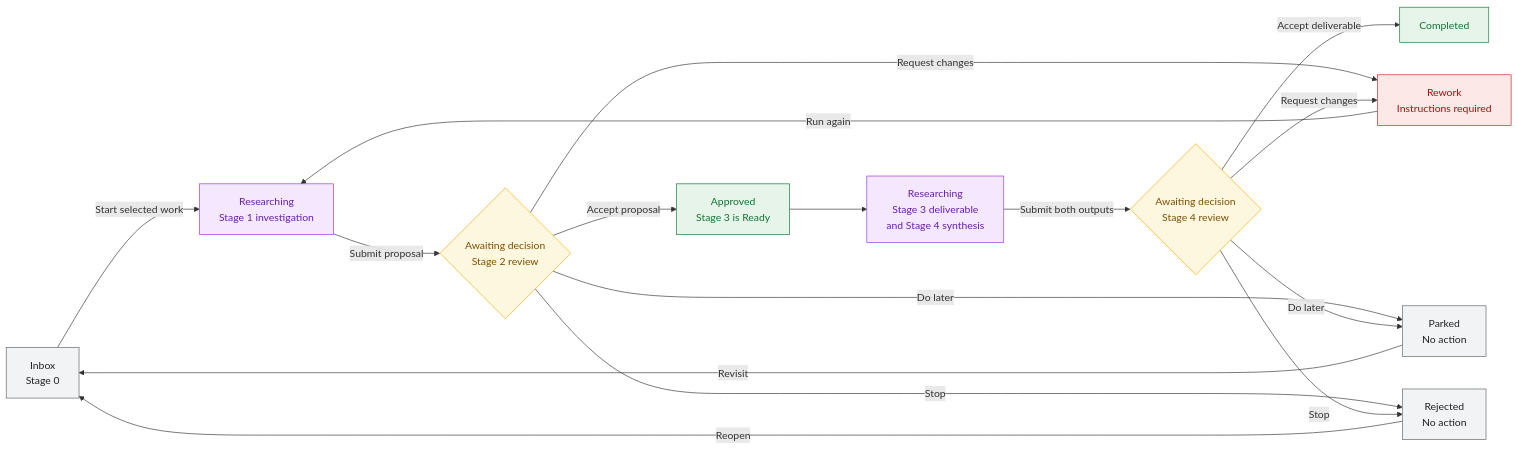
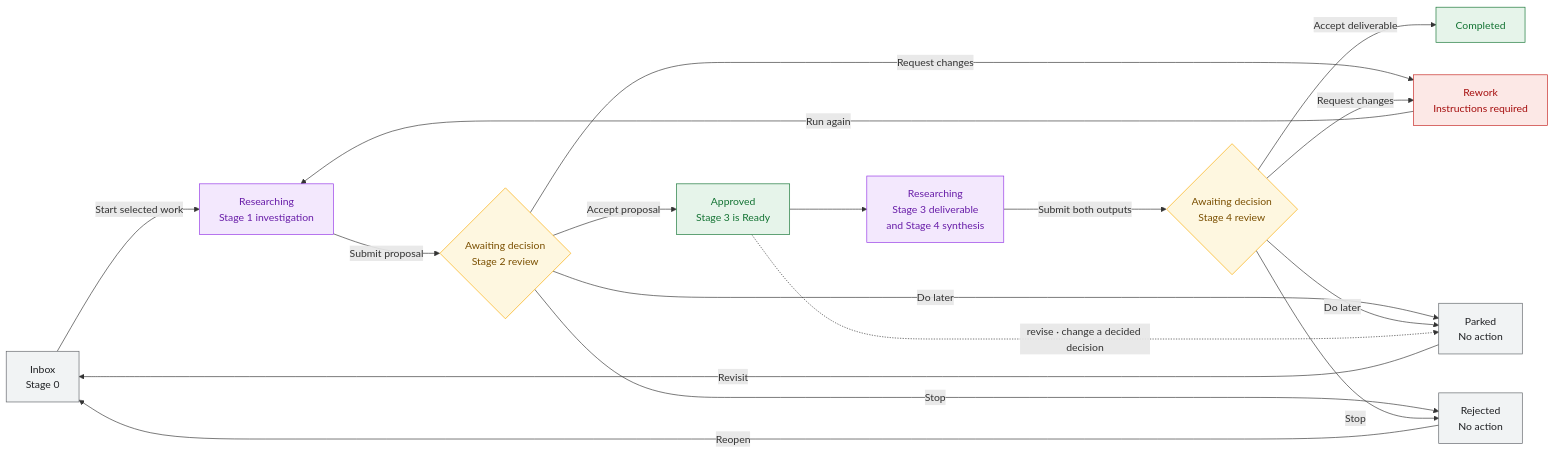
Before and after one commit to Welladino/Horology: the first of 2 diagrams in docs/architecture/subscription-agents/workflow.md, drawn with Mermaid. The commit also changed other lines of this file and 16 other files, not shown here.

````diff
--- a/docs/architecture/subscription-agents/workflow.md
+++ b/docs/architecture/subscription-agents/workflow.md
@@ -11,40 +11,41 @@
 ```mermaid
 flowchart LR
   %% Exact workflow moves represented by this lifecycle and the table below:
   %% capture, start-run, submit-for-review, synthesize-stage-3, accept-stage-1,
-  %% accept-stage-3, rework, park, decide-park, unpark, reject, decide-reject, reopen
+  %% accept-stage-3, rework, park, decide-park, unpark, reject, decide-reject, reopen, revise
   inbox["Inbox<br/>Stage 0"]
   investigate["Researching<br/>Stage 1 investigation"]
   review1{"Awaiting decision<br/>Stage 2 review"}
   approved["Approved<br/>Stage 3 is Ready"]
   specialist["Researching<br/>Stage 3 deliverable<br/>and Stage 4 synthesis"]
   review2{"Awaiting decision<br/>Stage 4 review"}
   completed["Completed"]
   rework["Rework<br/>Instructions required"]
   parked["Parked<br/>No action"]
   rejected["Rejected<br/>No action"]
 
   inbox -->|Start selected work| investigate -->|Submit proposal| review1
   review1 -->|Accept proposal| approved --> specialist -->|Submit both outputs| review2
   review2 -->|Accept deliverable| completed
   review1 -->|Request changes| rework
   review2 -->|Request changes| rework
   rework -->|Run again| investigate
   review1 -->|Do later| parked
   review2 -->|Do later| parked
   parked -->|Revisit| inbox
   review1 -->|Stop| rejected
   review2 -->|Stop| rejected
   rejected -->|Reopen| inbox
+  approved -.->|revise · change a decided decision| parked
 
   classDef waiting fill:#f1f3f4,stroke:#5f6368,color:#202124
   classDef running fill:#f3e8fd,stroke:#9334e6,color:#681da8
   classDef decision fill:#fef7e0,stroke:#f9ab00,color:#7a4f01
   classDef success fill:#e6f4ea,stroke:#137333,color:#137333
   classDef revise fill:#fce8e6,stroke:#c5221f,color:#a50e0e
   class inbox,parked,rejected waiting
   class investigate,specialist running
   class review1,review2 decision
   class approved,completed success
   class rework revise
 ```
````
